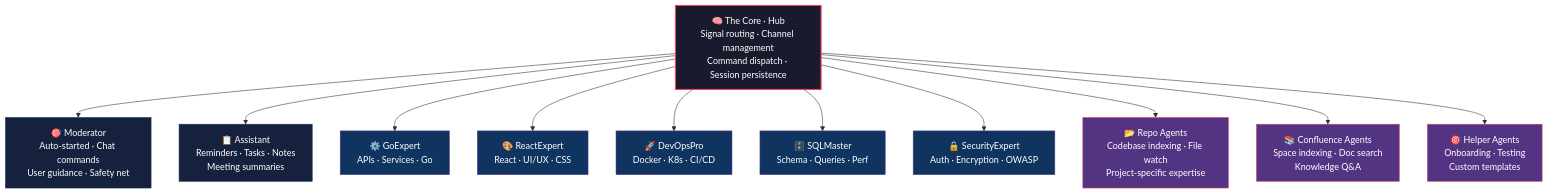
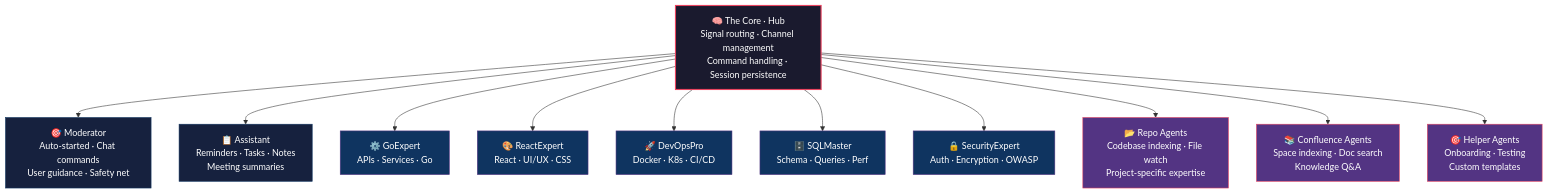
Before and after one commit to camronwood/neural-junkie: the diagram in README.md, drawn with Mermaid. The commit also changed other lines of this file and 52 other files, not shown here.

````diff
--- a/README.md
+++ b/README.md
@@ -23,29 +23,29 @@
 ```mermaid
 graph TB
-    Core[🧠 The Core · Hub<br/>Signal routing · Channel management<br/>Command dispatch · Session persistence]
+    Core[🧠 The Core · Hub<br/>Signal routing · Channel management<br/>Command handling · Session persistence]
 
     Core --> Moderator[🎯 Moderator<br/>Auto-started · Chat commands<br/>User guidance · Safety net]
     Core --> Assistant[📋 Assistant<br/>Reminders · Tasks · Notes<br/>Meeting summaries]
 
     Core --> GoExpert[⚙️ GoExpert<br/>APIs · Services · Go]
     Core --> ReactExpert[🎨 ReactExpert<br/>React · UI/UX · CSS]
     Core --> DevOpsPro[🚀 DevOpsPro<br/>Docker · K8s · CI/CD]
     Core --> SQLMaster[🗄️ SQLMaster<br/>Schema · Queries · Perf]
     Core --> SecurityExpert[🔒 SecurityExpert<br/>Auth · Encryption · OWASP]
 
     Core --> RepoAgents[📂 Repo Agents<br/>Codebase indexing · File watch<br/>Project-specific expertise]
     Core --> ConfluenceAgents[📚 Confluence Agents<br/>Space indexing · Doc search<br/>Knowledge Q&A]
     Core --> HelperAgents[🎯 Helper Agents<br/>Onboarding · Testing<br/>Custom templates]
 
     style Core fill:#1a1a2e,stroke:#e94560,color:#fff,stroke-width:2px
     style Moderator fill:#16213e,stroke:#0f3460,color:#fff
     style Assistant fill:#16213e,stroke:#0f3460,color:#fff
     style GoExpert fill:#0f3460,stroke:#533483,color:#fff
     style ReactExpert fill:#0f3460,stroke:#533483,color:#fff
     style DevOpsPro fill:#0f3460,stroke:#533483,color:#fff
     style SQLMaster fill:#0f3460,stroke:#533483,color:#fff
     style SecurityExpert fill:#0f3460,stroke:#533483,color:#fff
     style RepoAgents fill:#533483,stroke:#e94560,color:#fff
     style ConfluenceAgents fill:#533483,stroke:#e94560,color:#fff
     style HelperAgents fill:#533483,stroke:#e94560,color:#fff
 ```
````
